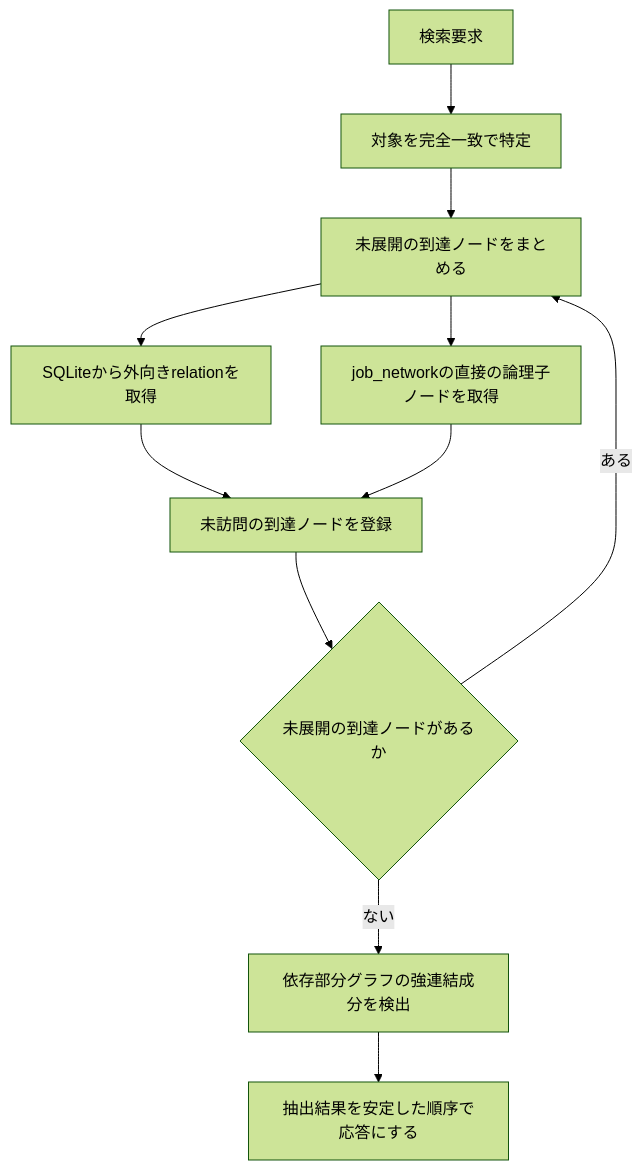
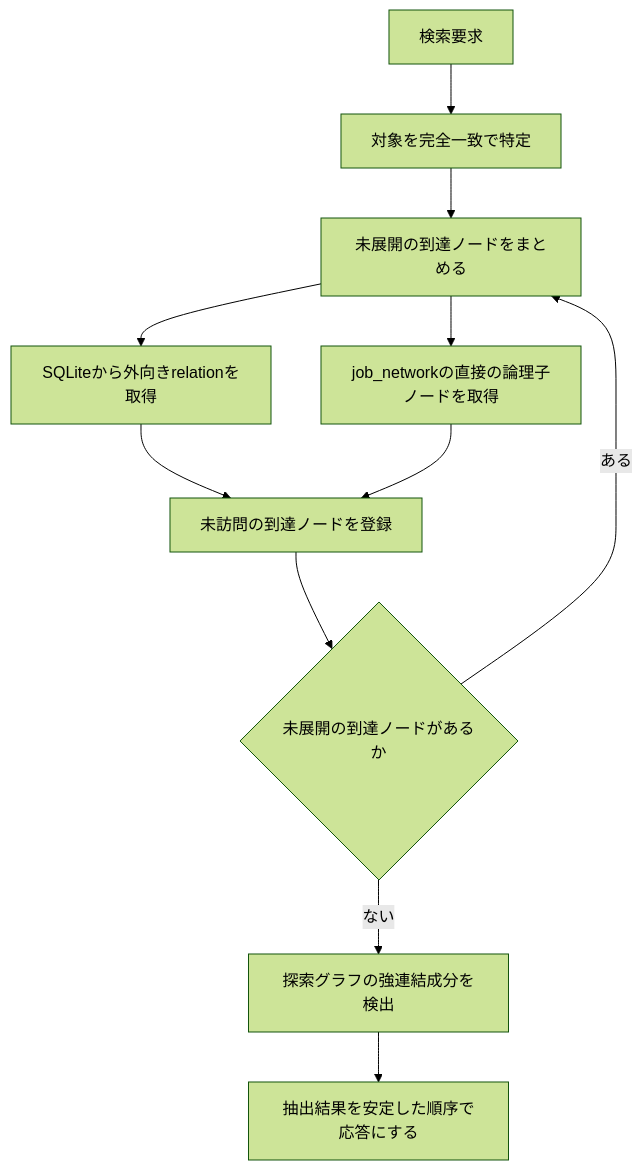
The third of 3 diagrams in docs/design/architecture.md (vnzzzz/batch-scope), drawn with Mermaid (forest theme) before and after one commit. The commit also changed other lines of this file and 4 other files, not shown here.

````diff
--- a/docs/design/architecture.md
+++ b/docs/design/architecture.md
@@ -99,13 +99,13 @@
 ```mermaid
 flowchart TD
     Q[検索要求] --> I[対象を完全一致で特定]
     I --> F[未展開の到達ノードをまとめる]
     F --> R[SQLiteから外向きrelationを取得]
     F --> S[job_networkの直接の論理子ノードを取得]
     R --> N[未訪問の到達ノードを登録]
     S --> N
     N --> D{未展開の到達ノードがあるか}
     D -->|ある| F
-    D -->|ない| C[依存部分グラフの強連結成分を検出]
+    D -->|ない| C[探索グラフの強連結成分を検出]
     C --> O[抽出結果を安定した順序で応答にする]
 ```
````
